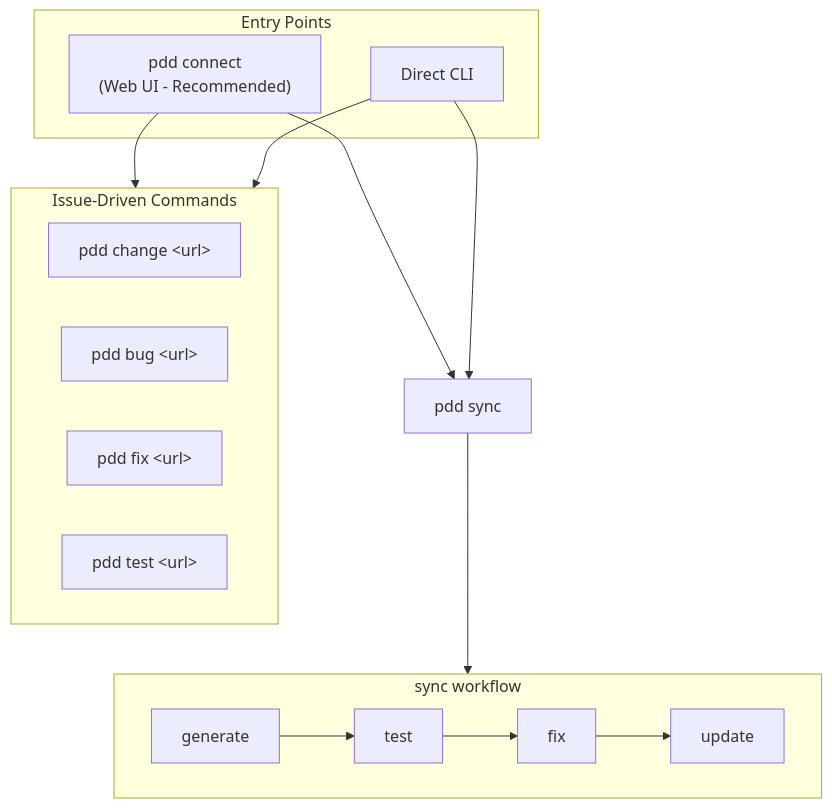
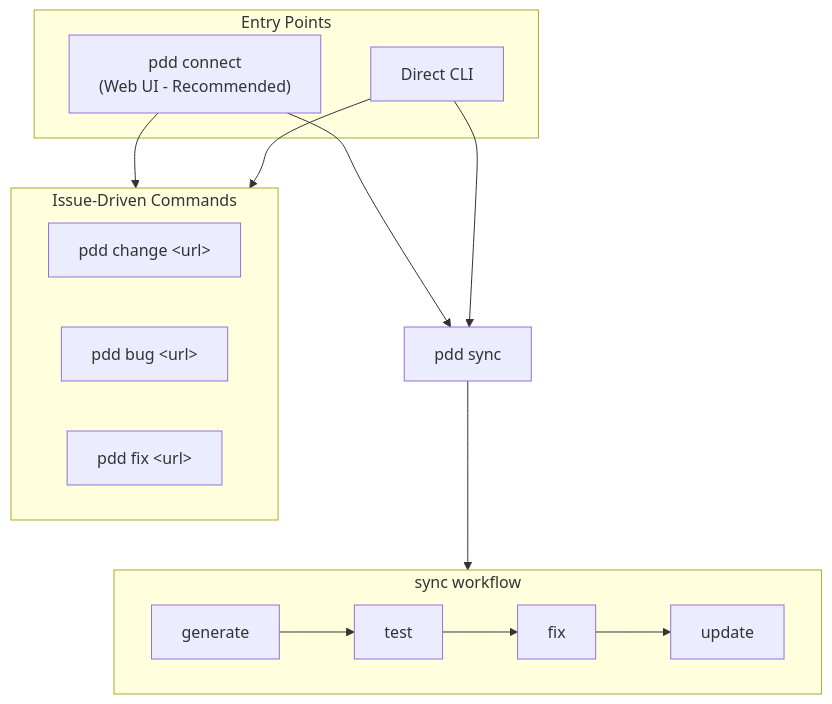
One commit to promptdriven/pdd changed the diagram in README.md. Above: the diagram before and after it, drawn with Mermaid. The commit also changed other lines of this file and 10 other files, not shown here.

First line of the commit message:
feat: add agentic architecture generation from GitHub issue PRD (#367)

````diff
--- a/README.md
+++ b/README.md
@@ -533,28 +533,27 @@
 ```mermaid
 flowchart TB
     subgraph entry["Entry Points"]
         connect["pdd connect<br/>(Web UI - Recommended)"]
         cli["Direct CLI"]
     end
 
     subgraph issue["Issue-Driven Commands"]
         change["pdd change &lt;url&gt;"]
         bug["pdd bug &lt;url&gt;"]
         fix_url["pdd fix &lt;url&gt;"]
-        test_url["pdd test &lt;url&gt;"]
     end
 
     sync["pdd sync"]
 
     subgraph sync_flow["sync workflow"]
         direction LR
         generate["generate"] --> test["test"] --> fix["fix"] --> update["update"]
     end
 
     connect --> issue
     connect --> sync
     cli --> issue
     cli --> sync
 
     sync --> sync_flow
 ```
````
